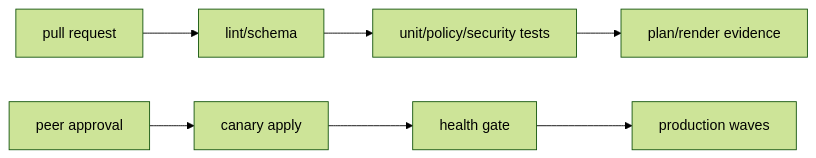
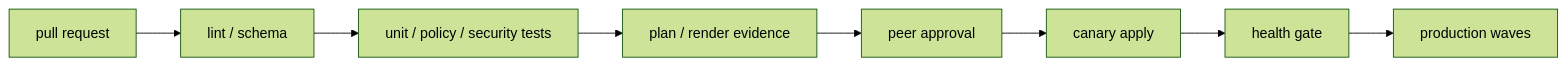
The first of 2 diagrams in docs/volume-10/11-cicd-for-infrastructure-and-cluster-configuration.md (jithinpnjm/nvidia-devops), drawn with Mermaid (forest theme) before and after one commit. The commit also changed other lines of this file and 99 other files, not shown here.

````diff
--- a/docs/volume-10/11-cicd-for-infrastructure-and-cluster-configuration.md
+++ b/docs/volume-10/11-cicd-for-infrastructure-and-cluster-configuration.md
@@ -15,18 +15,6 @@
 ```mermaid
 flowchart LR
-  %% Converted from the original ASCII diagram; source wording is preserved.
-  n0["pull request"]
-  n1["lint/schema"]
-  n2["unit/policy/security tests"]
-  n3["plan/render evidence"]
-  n4["peer approval"]
-  n5["canary apply"]
-  n6["health gate"]
-  n7["production waves"]
-  n0 --> n1
-  n1 --> n2
-  n2 --> n3
-  n4 --> n5
-  n5 --> n6
-  n6 --> n7
+  PR["pull request"] --> Lint["lint / schema"] --> Tests["unit / policy / security tests"]
+  Tests --> Plan["plan / render evidence"] --> Approval["peer approval"] --> Canary["canary apply"]
+  Canary --> Gate["health gate"] --> Waves["production waves"]
 ```
````
